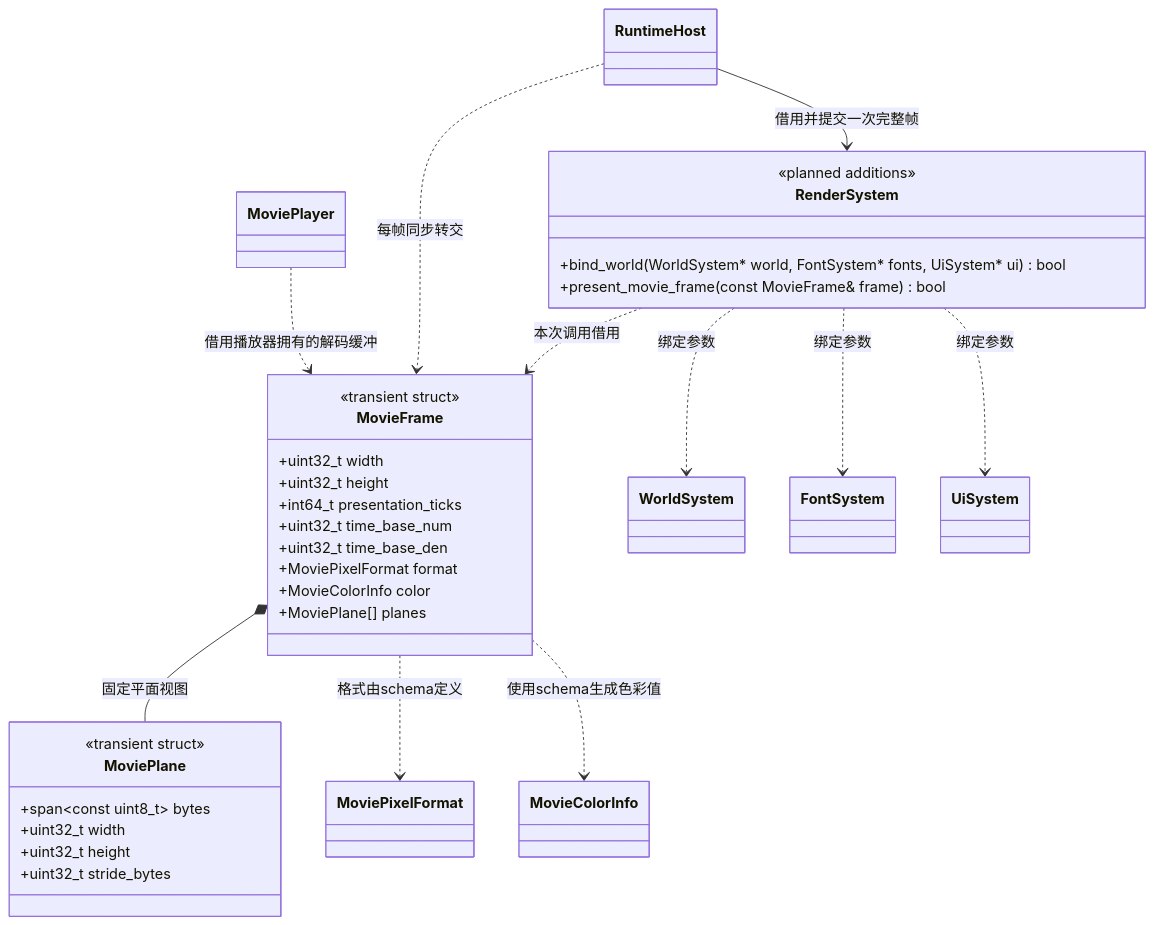
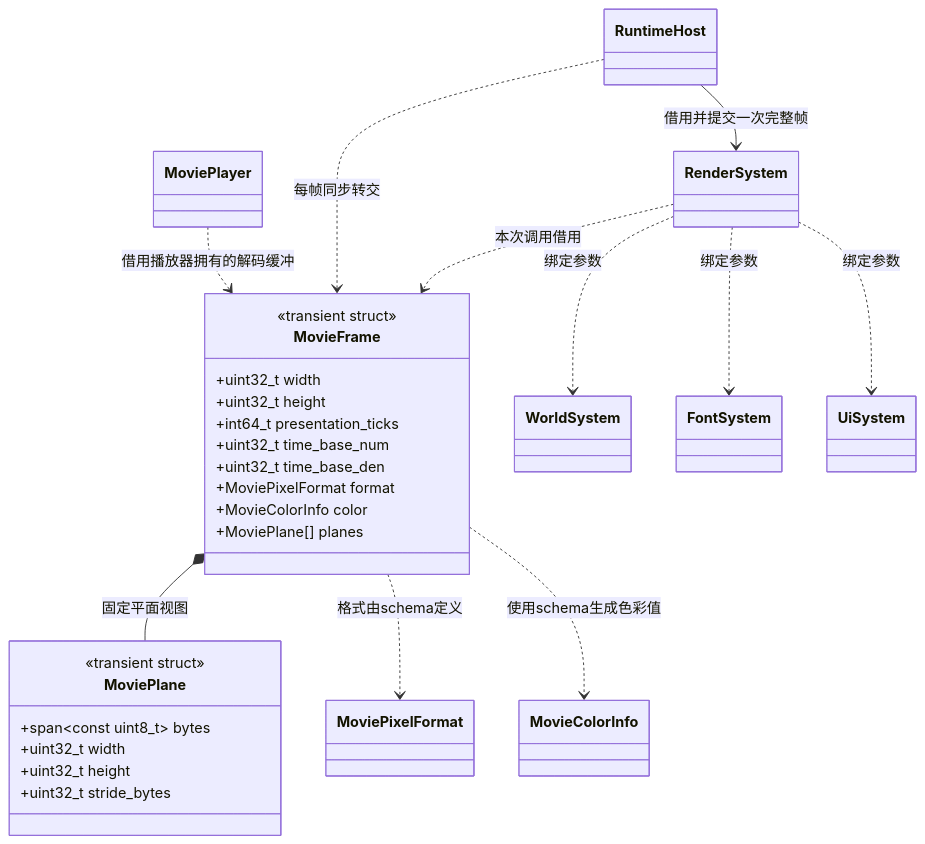
The third of 3 diagrams in docs/runtime/class-diagrams/movie-player.md (lcals/Engine), drawn with Mermaid before and after one commit. The commit also changed other lines of this file and 44 other files, not shown here.

````diff
--- a/docs/runtime/class-diagrams/movie-player.md
+++ b/docs/runtime/class-diagrams/movie-player.md
@@ -119,43 +119,39 @@
 ```mermaid
 classDiagram
     class MoviePlane {
         <<transient struct>>
         +span~const uint8_t~ bytes
         +uint32_t width
         +uint32_t height
         +uint32_t stride_bytes
     }
     class MovieFrame {
         <<transient struct>>
         +uint32_t width
         +uint32_t height
         +int64_t presentation_ticks
         +uint32_t time_base_num
         +uint32_t time_base_den
         +MoviePixelFormat format
         +MovieColorInfo color
         +MoviePlane[] planes
     }
     class MoviePixelFormat
     class MovieColorInfo
     class MoviePlayer
     class WorldSystem
     class FontSystem
     class UiSystem
     class RuntimeHost
-    class RenderSystem {
-        <<planned additions>>
-        +bind_world(WorldSystem* world, FontSystem* fonts, UiSystem* ui) bool
-        +present_movie_frame(const MovieFrame& frame) bool
-    }
+    class RenderSystem
     MovieFrame *-- MoviePlane : 固定平面视图
     MovieFrame ..> MoviePixelFormat : 格式由schema定义
     MovieFrame ..> MovieColorInfo : 使用schema生成色彩值
     MoviePlayer ..> MovieFrame : 借用播放器拥有的解码缓冲
     RuntimeHost ..> MovieFrame : 每帧同步转交
     RuntimeHost --> RenderSystem : 借用并提交一次完整帧
     RenderSystem ..> MovieFrame : 本次调用借用
     RenderSystem ..> WorldSystem : 绑定参数
     RenderSystem ..> FontSystem : 绑定参数
     RenderSystem ..> UiSystem : 绑定参数
 ```
````
